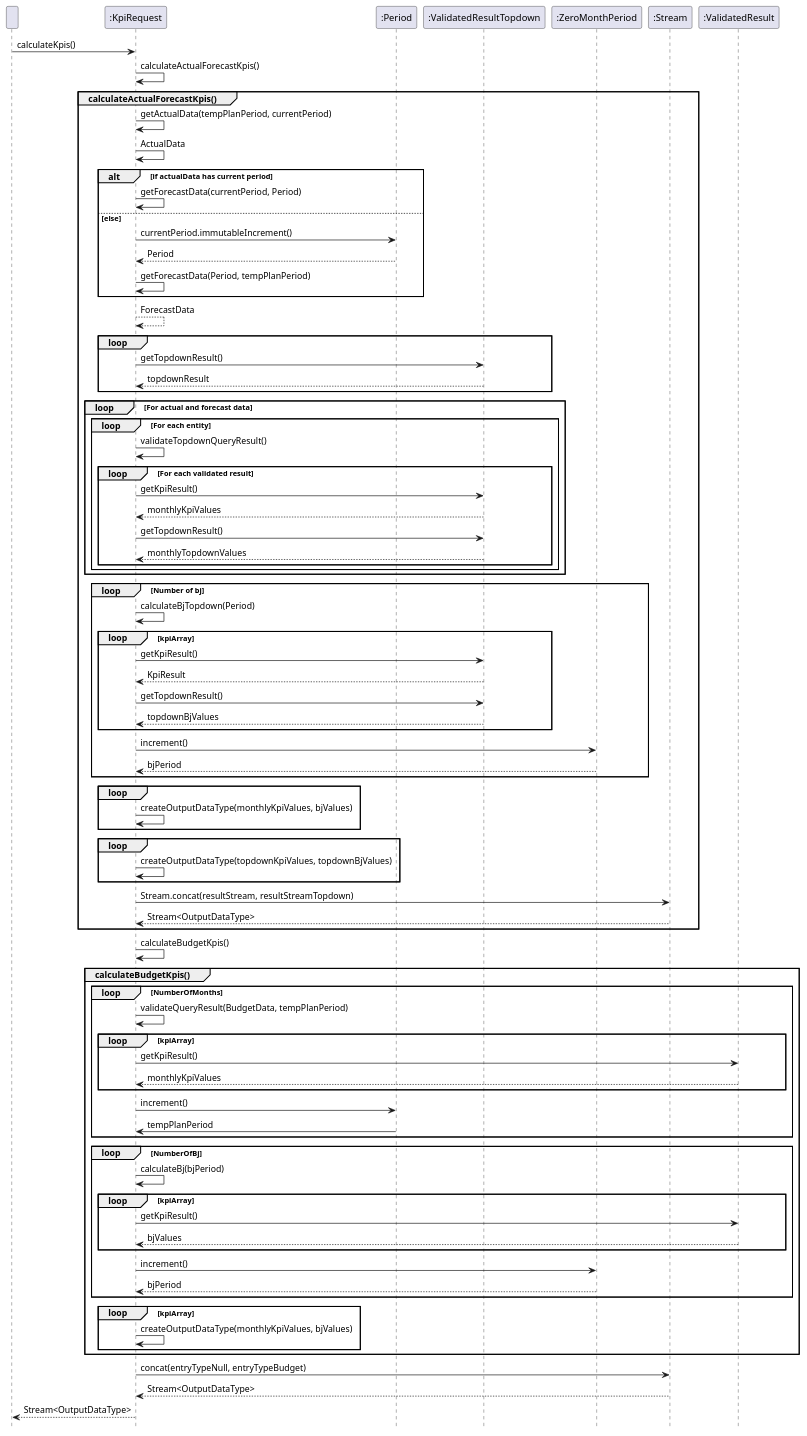
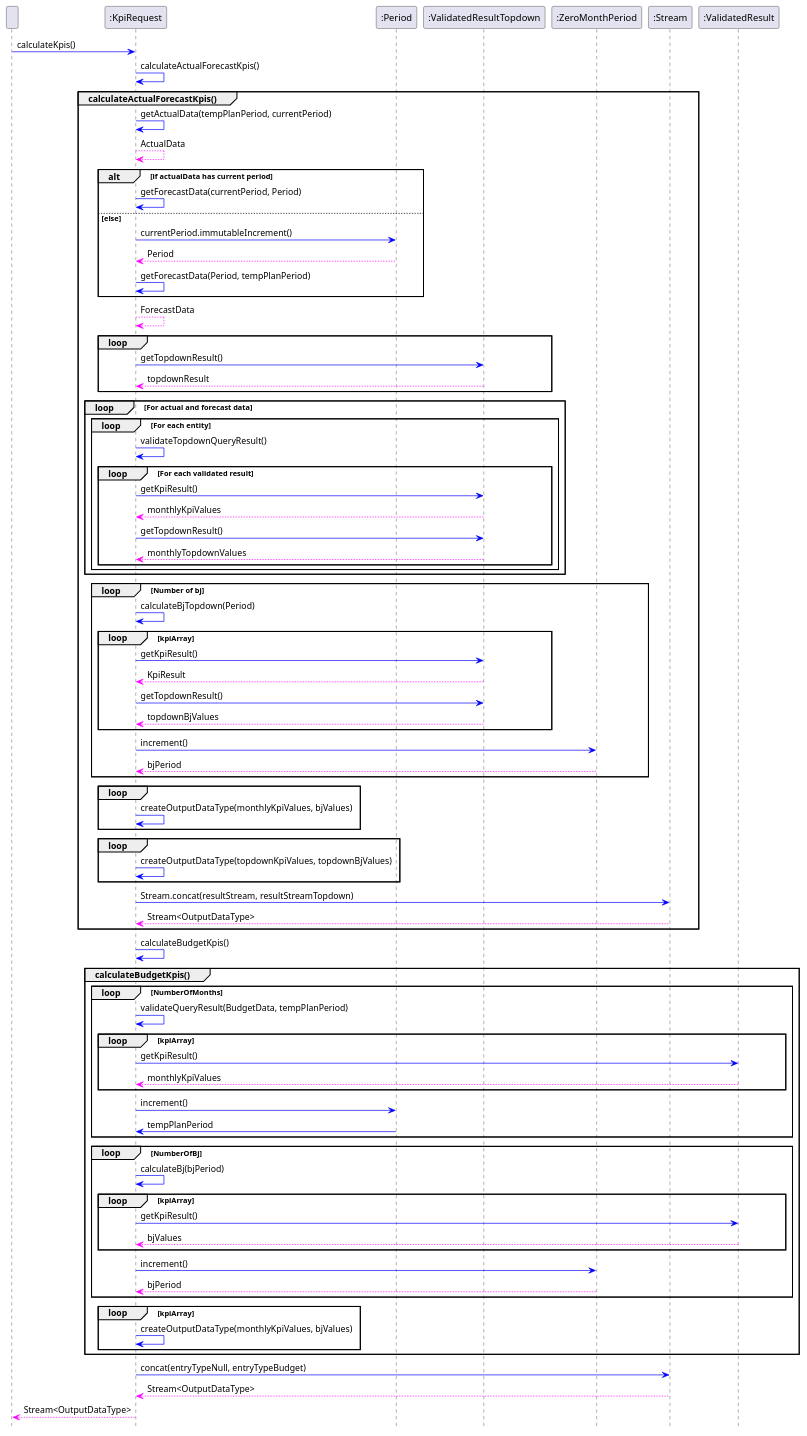
Before and after one commit to wagnst/forecast-cassandra: the diagram in diagrams/sequence/sequence_KpiRequest.puml, drawn with PlantUML.

Commit message:
update sequence diagramm

```diff
--- a/diagrams/sequence/sequence_KpiRequest.puml
+++ b/diagrams/sequence/sequence_KpiRequest.puml
@@ -1,97 +1,97 @@
 @startuml
 hide footbox
 participant  " "
 participant  ":KpiRequest"
 participant  ":Period"
 participant  ":ValidatedResultTopdown"
 participant  ":ZeroMonthPeriod"
 
 
-" " -> ":KpiRequest" : calculateKpis()
+" " -[#0000FF]> ":KpiRequest" : calculateKpis()
 
-":KpiRequest" -> ":KpiRequest" : calculateActualForecastKpis()
+":KpiRequest" -[#0000FF]> ":KpiRequest" : calculateActualForecastKpis()
 group calculateActualForecastKpis()
-":KpiRequest" -> ":KpiRequest" : getActualData(tempPlanPeriod, currentPeriod)
-":KpiRequest" -> ":KpiRequest" : ActualData
+":KpiRequest" -[#0000FF]> ":KpiRequest" : getActualData(tempPlanPeriod, currentPeriod)
+":KpiRequest" --[#FF00FF]> ":KpiRequest" : ActualData
 alt if actualData has current period
-    ":KpiRequest" -> ":KpiRequest" : getForecastData(currentPeriod, Period)
+    ":KpiRequest" -[#0000FF]> ":KpiRequest" : getForecastData(currentPeriod, Period)
     else else
-    ":KpiRequest" -> ":Period" : currentPeriod.immutableIncrement()
-    ":Period" --> ":KpiRequest" : Period
-    ":KpiRequest" -> ":KpiRequest" : getForecastData(Period, tempPlanPeriod)
+    ":KpiRequest" -[#0000FF]> ":Period" : currentPeriod.immutableIncrement()
+    ":Period" --[#FF00FF]> ":KpiRequest" : Period
+    ":KpiRequest" -[#0000FF]> ":KpiRequest" : getForecastData(Period, tempPlanPeriod)
 end
-    ":KpiRequest" --> ":KpiRequest" : ForecastData
+    ":KpiRequest" --[#FF00FF]> ":KpiRequest" : ForecastData
 
 loop
-":KpiRequest" -> ":ValidatedResultTopdown" : getTopdownResult()
-":ValidatedResultTopdown" --> ":KpiRequest" : topdownResult
+":KpiRequest" -[#0000FF]> ":ValidatedResultTopdown" : getTopdownResult()
+":ValidatedResultTopdown" --[#FF00FF]> ":KpiRequest" : topdownResult
 end
 
 loop For actual and forecast data
    loop For each entity
-         ":KpiRequest" -> ":KpiRequest" : validateTopdownQueryResult()
+         ":KpiRequest" -[#0000FF]> ":KpiRequest" : validateTopdownQueryResult()
         loop For each validated result
-            ":KpiRequest" -> ":ValidatedResultTopdown" : getKpiResult()
-            ":ValidatedResultTopdown" --> ":KpiRequest" : monthlyKpiValues
-            ":KpiRequest" -> ":ValidatedResultTopdown" : getTopdownResult()
-            ":ValidatedResultTopdown" --> ":KpiRequest" : monthlyTopdownValues
+            ":KpiRequest" -[#0000FF]> ":ValidatedResultTopdown" : getKpiResult()
+            ":ValidatedResultTopdown" --[#FF00FF]> ":KpiRequest" : monthlyKpiValues
+            ":KpiRequest" -[#0000FF]> ":ValidatedResultTopdown" : getTopdownResult()
+            ":ValidatedResultTopdown" --[#FF00FF]> ":KpiRequest" : monthlyTopdownValues
         end
    end
 end
 
 loop Number of bj
-    ":KpiRequest" -> ":KpiRequest" : calculateBjTopdown(Period)
+    ":KpiRequest" -[#0000FF]> ":KpiRequest" : calculateBjTopdown(Period)
     loop kpiArray
-        ":KpiRequest" -> ":ValidatedResultTopdown" : getKpiResult()
-        ":ValidatedResultTopdown" --> ":KpiRequest" : KpiResult
-        ":KpiRequest" -> ":ValidatedResultTopdown" : getTopdownResult()
-        ":ValidatedResultTopdown" --> ":KpiRequest" : topdownBjValues
+        ":KpiRequest" -[#0000FF]> ":ValidatedResultTopdown" : getKpiResult()
+        ":ValidatedResultTopdown" --[#FF00FF]> ":KpiRequest" : KpiResult
+        ":KpiRequest" -[#0000FF]> ":ValidatedResultTopdown" : getTopdownResult()
+        ":ValidatedResultTopdown" --[#FF00FF]> ":KpiRequest" : topdownBjValues
     end
-    ":KpiRequest" -> ":ZeroMonthPeriod" : increment()
-    ":ZeroMonthPeriod" --> ":KpiRequest" : bjPeriod
+    ":KpiRequest" -[#0000FF]> ":ZeroMonthPeriod" : increment()
+    ":ZeroMonthPeriod" --[#FF00FF]> ":KpiRequest" : bjPeriod
 end
 
 loop
-       ":KpiRequest" -> ":KpiRequest" : createOutputDataType(monthlyKpiValues, bjValues)
+       ":KpiRequest" -[#0000FF]> ":KpiRequest" : createOutputDataType(monthlyKpiValues, bjValues)
 end
 
 loop
-    ":KpiRequest" -> ":KpiRequest" : createOutputDataType(topdownKpiValues, topdownBjValues)
+    ":KpiRequest" -[#0000FF]> ":KpiRequest" : createOutputDataType(topdownKpiValues, topdownBjValues)
 end
 
-":KpiRequest" -> ":Stream" : Stream.concat(resultStream, resultStreamTopdown)
-":Stream" --> ":KpiRequest" : Stream<OutputDataType>
+":KpiRequest" -[#0000FF]> ":Stream" : Stream.concat(resultStream, resultStreamTopdown)
+":Stream" --[#FF00FF]> ":KpiRequest" : Stream<OutputDataType>
 end
 
-":KpiRequest" -> ":KpiRequest" : calculateBudgetKpis()
+":KpiRequest" -[#0000FF]> ":KpiRequest" : calculateBudgetKpis()
 group calculateBudgetKpis()
 loop NumberOfMonths
-    ":KpiRequest" -> ":KpiRequest" : validateQueryResult(BudgetData, tempPlanPeriod)
+    ":KpiRequest" -[#0000FF]> ":KpiRequest" : validateQueryResult(BudgetData, tempPlanPeriod)
     loop kpiArray
-        ":KpiRequest" -> ":ValidatedResult" : getKpiResult()
-        ":ValidatedResult" --> ":KpiRequest" : monthlyKpiValues
+        ":KpiRequest" -[#0000FF]> ":ValidatedResult" : getKpiResult()
+        ":ValidatedResult" --[#FF00FF]> ":KpiRequest" : monthlyKpiValues
     end
-        ":KpiRequest" -> ":Period" : increment()
-        ":Period" -> ":KpiRequest" : tempPlanPeriod
+        ":KpiRequest" -[#0000FF]> ":Period" : increment()
+        ":Period" -[#0000FF]> ":KpiRequest" : tempPlanPeriod
 end
 
 loop NumberOfBj
-    ":KpiRequest" -> ":KpiRequest" : calculateBj(bjPeriod)
+    ":KpiRequest" -[#0000FF]> ":KpiRequest" : calculateBj(bjPeriod)
     loop kpiArray
-        ":KpiRequest" -> ":ValidatedResult": getKpiResult()
-        ":ValidatedResult" --> ":KpiRequest": bjValues
+        ":KpiRequest" -[#0000FF]> ":ValidatedResult": getKpiResult()
+        ":ValidatedResult" --[#FF00FF]> ":KpiRequest": bjValues
     end
-    ":KpiRequest" -> ":ZeroMonthPeriod" : increment()
-    ":ZeroMonthPeriod" --> ":KpiRequest" : bjPeriod
+    ":KpiRequest" -[#0000FF]> ":ZeroMonthPeriod" : increment()
+    ":ZeroMonthPeriod" --[#FF00FF]> ":KpiRequest" : bjPeriod
 end
 
 loop kpiArray
-    ":KpiRequest" -> ":KpiRequest" : createOutputDataType(monthlyKpiValues, bjValues)
+    ":KpiRequest" -[#0000FF]> ":KpiRequest" : createOutputDataType(monthlyKpiValues, bjValues)
 end
 end
 
-":KpiRequest" -> ":Stream" : concat(entryTypeNull, entryTypeBudget)
-":Stream" --> ":KpiRequest" : Stream<OutputDataType>
+":KpiRequest" -[#0000FF]> ":Stream" : concat(entryTypeNull, entryTypeBudget)
+":Stream" --[#FF00FF]> ":KpiRequest" : Stream<OutputDataType>
 
-":KpiRequest" --> " " : Stream<OutputDataType>
+":KpiRequest" --[#FF00FF]> " " : Stream<OutputDataType>
 @enduml
```
